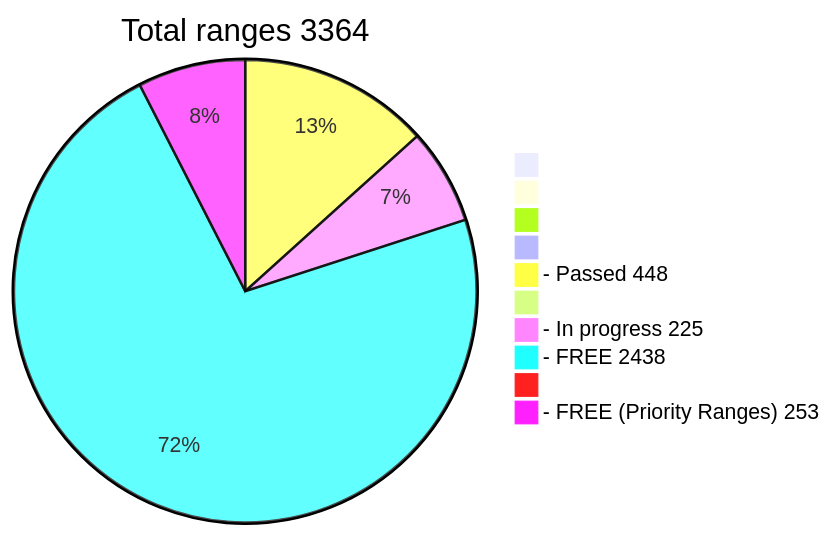
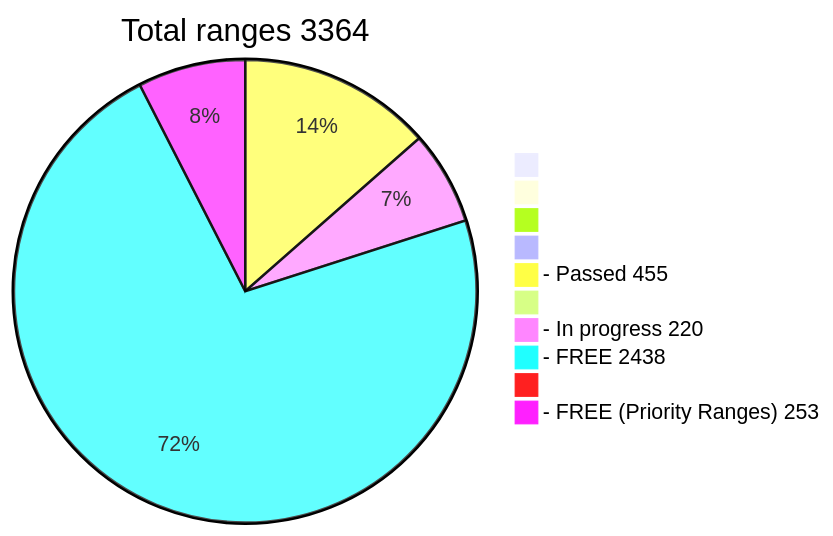
One commit to phrutis/wif500 changed the diagram in README.md. Above: the diagram before and after it, drawn with Mermaid.

````diff
--- a/README.md
+++ b/README.md
@@ -16,13 +16,13 @@
 ```mermaid
 pie title Total ranges 3364
              " " : 0
             "  " : 0
            "   " : 0
           "    " : 0
-  "- Passed 448" : 448
+  "- Passed 455" : 455
          "     " : 0
-  "- In progress 225" : 225
+  "- In progress 220" : 220
    "- FREE 2438" : 2438
         "      " : 0
   "- FREE (Priority Ranges) 253" : 253
 ```
````
